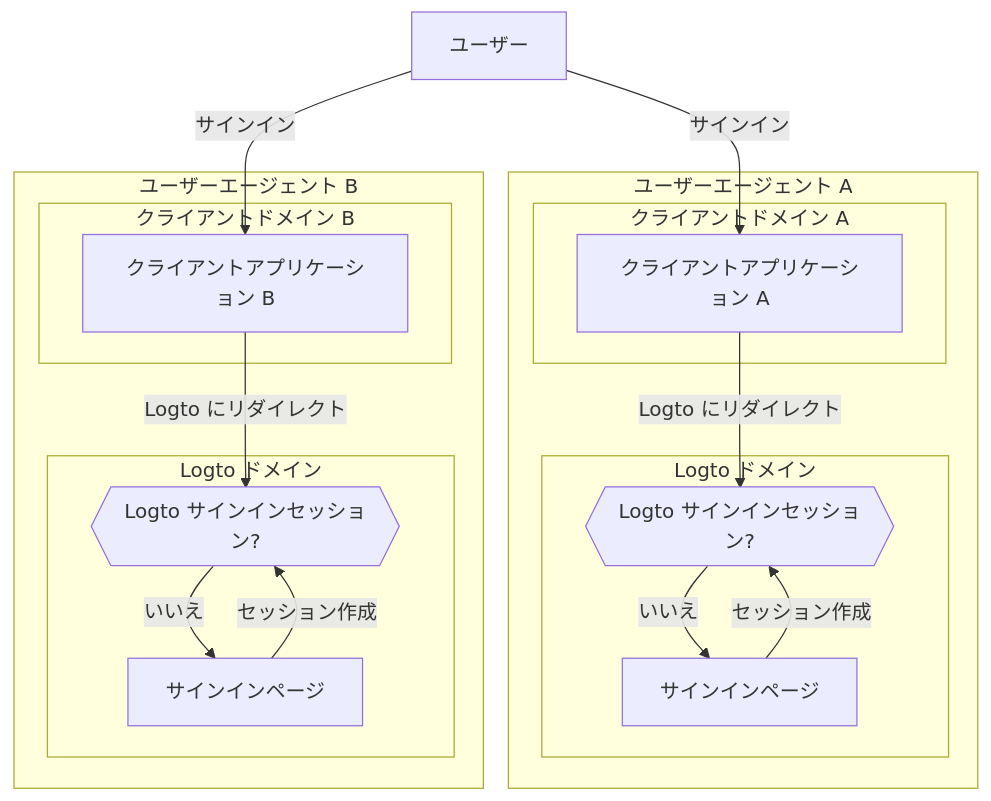
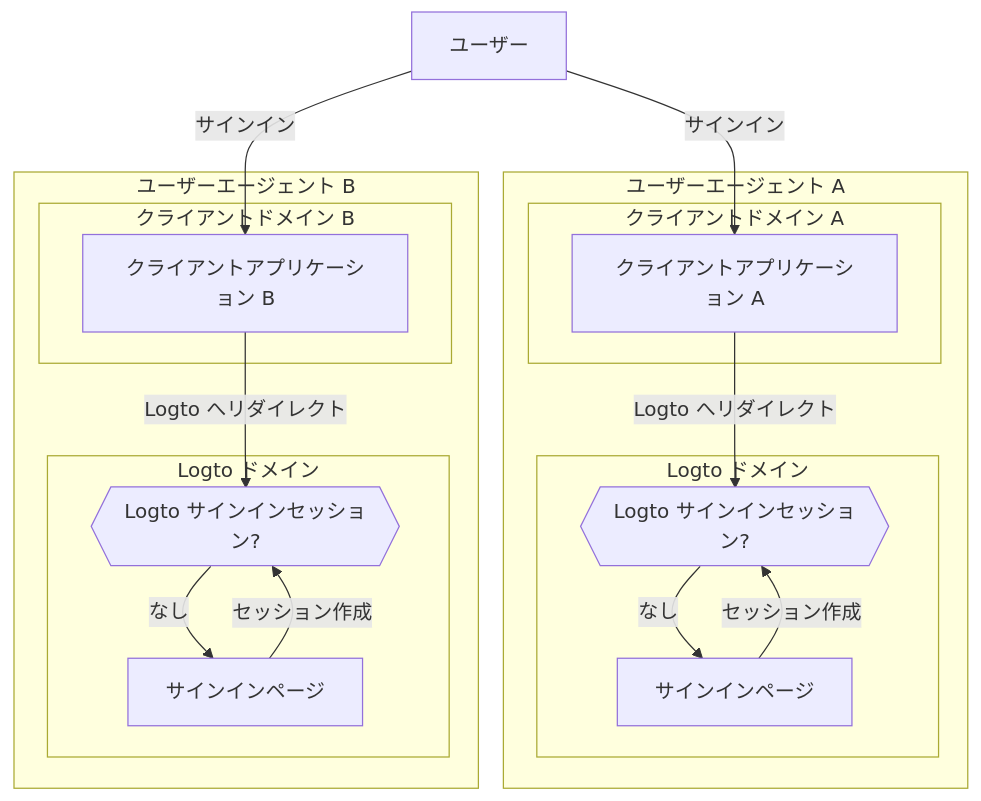
The third of 3 diagrams in i18n/ja/docusaurus-plugin-content-docs/current/end-user-flows/sign-out.mdx (logto-io/docs), drawn with Mermaid before and after one commit. The commit also changed other lines of this file and 162 other files, not shown here.

````diff
--- a/i18n/ja/docusaurus-plugin-content-docs/current/end-user-flows/sign-out.mdx
+++ b/i18n/ja/docusaurus-plugin-content-docs/current/end-user-flows/sign-out.mdx
@@ -89,35 +89,35 @@
    ```mermaid
     flowchart TD
     U[ユーザー]
 
     subgraph DeviceA [ユーザーエージェント A]
       subgraph Layer1 [クライアントドメイン A]
         A[クライアントアプリケーション A]
       end
 
       subgraph Layer2 [Logto ドメイン]
           C{{Logto サインインセッション?}}
           D[サインインページ]
       end
     end
 
     subgraph DeviceB [ユーザーエージェント B]
       subgraph Layer3 [クライアントドメイン B]
         B[クライアントアプリケーション B]
       end
 
       subgraph Layer4 [Logto ドメイン]
           E{{Logto サインインセッション?}}
           F[サインインページ]
       end
     end
 
     U --> |サインイン| A
-    A --> |Logto にリダイレクト| C
+    A --> |Logto へリダイレクト| C
     U --> |サインイン| B
-    B --> |Logto にリダイレクト| E
-    C --> |いいえ| D
-    E --> |いいえ| F
+    B --> |Logto へリダイレクト| E
+    C --> |なし| D
+    E --> |なし| F
     D --> |セッション作成| C
     F --> |セッション作成| E
    ```
````
